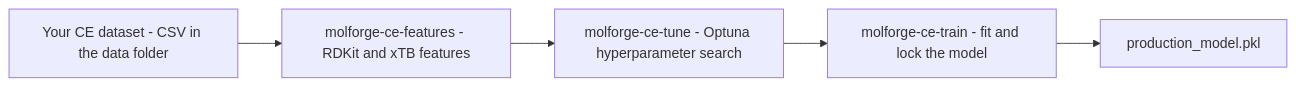
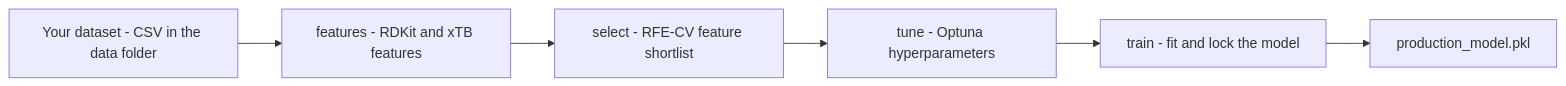
The third of 4 diagrams in README.md (NealKapadia/BatteryGen), drawn with Mermaid before and after one commit. The commit also changed other lines of this file and 49 other files, not shown here.

````diff
--- a/README.md
+++ b/README.md
@@ -346,7 +398,8 @@
 ```mermaid
 flowchart LR
-    A["Your CE dataset - CSV in the data folder"] --> B["molforge-ce-features - RDKit and xTB features"]
-    B --> C["molforge-ce-tune - Optuna hyperparameter search"]
-    C --> D["molforge-ce-train - fit and lock the model"]
-    D --> E["production_model.pkl"]
+    A["Your dataset - CSV in the data folder"] --> B["features - RDKit and xTB features"]
+    B --> C["select - RFE-CV feature shortlist"]
+    C --> D["tune - Optuna hyperparameters"]
+    D --> E["train - fit and lock the model"]
+    E --> F["production_model.pkl"]
 ```
````
